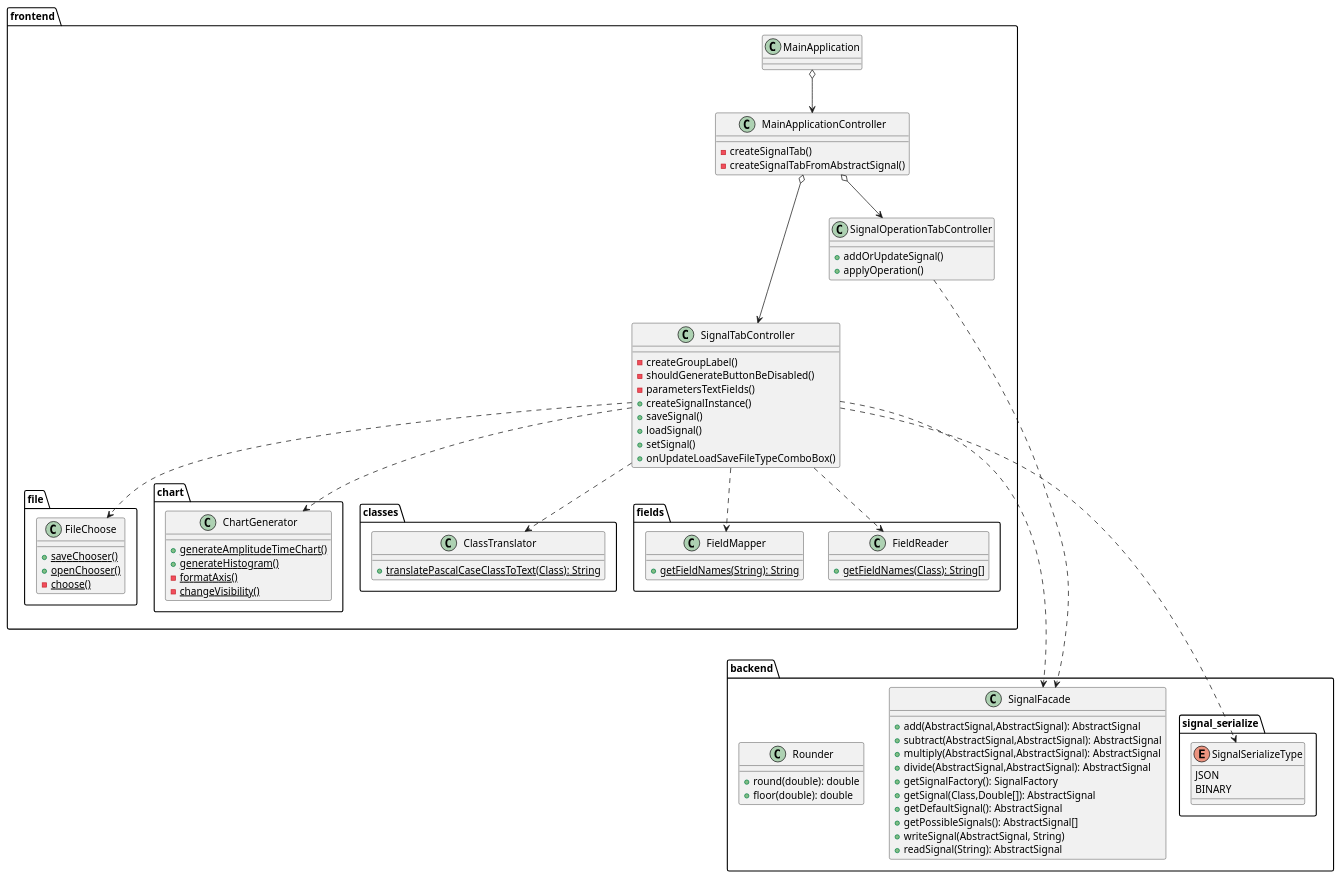
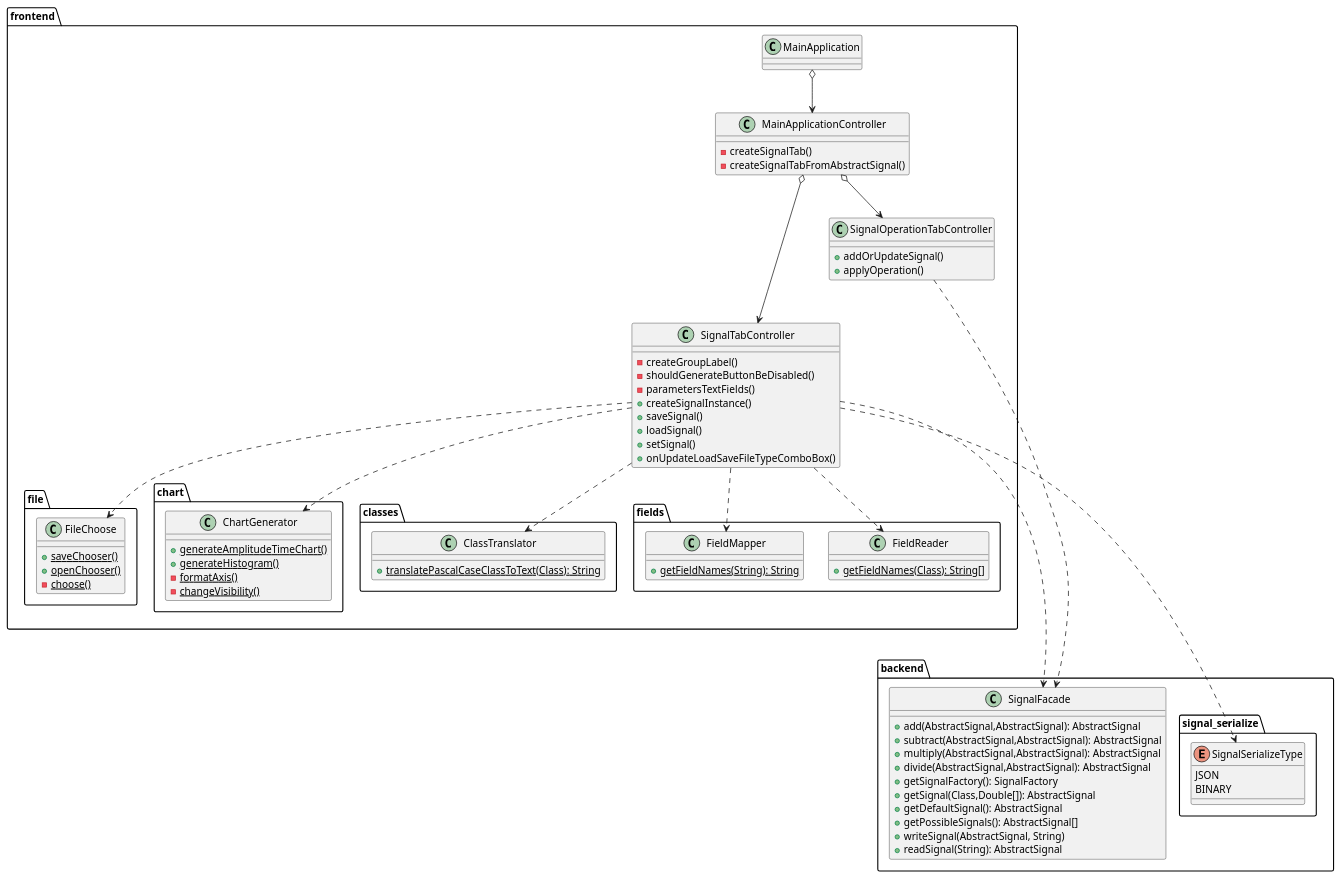
Before and after one commit to RadekBucki/DigitalSignalProcessing: the first of 3 diagrams in README.md, drawn with PlantUML.

Commit message:
PR UML fix
temp

```diff
--- a/README.md
+++ b/README.md
@@ -76,10 +76,6 @@
         + writeSignal(AbstractSignal, String)
         + readSignal(String): AbstractSignal
     }
-    class Rounder {
-        + round(double): double
-        + floor(double): double
-    }
     package signal_serialize {
        
         enum SignalSerializeType {
```
